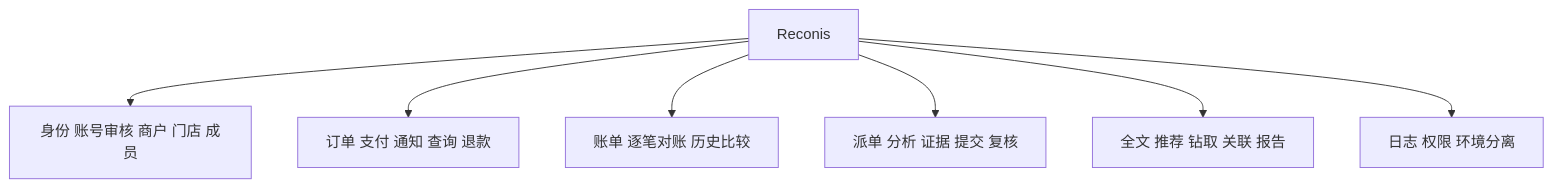
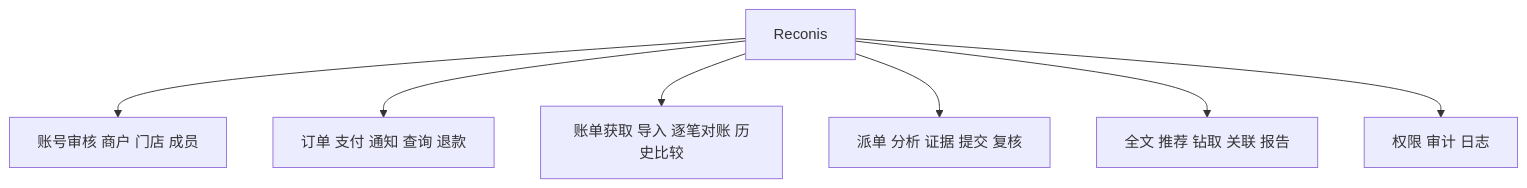
Before and after one commit to floatingmist828-eng/Reconis: the diagram in docs/reports/implementation-report.md, drawn with Mermaid. The commit also changed other lines of this file and 38 other files, not shown here.

````diff
--- a/docs/reports/implementation-report.md
+++ b/docs/reports/implementation-report.md
@@ -11,9 +21,9 @@
 ```mermaid
 flowchart TB
- R[Reconis] --> I[身份 账号审核 商户 门店 成员]
+ R[Reconis] --> I[账号审核 商户 门店 成员]
  R --> T[订单 支付 通知 查询 退款]
- R --> C[账单 逐笔对账 历史比较]
+ R --> C[账单获取 导入 逐笔对账 历史比较]
  R --> W[派单 分析 证据 提交 复核]
  R --> A[全文 推荐 钻取 关联 报告]
- R --> S[日志 权限 环境分离]
+ R --> S[权限 审计 日志]
 ```
````
